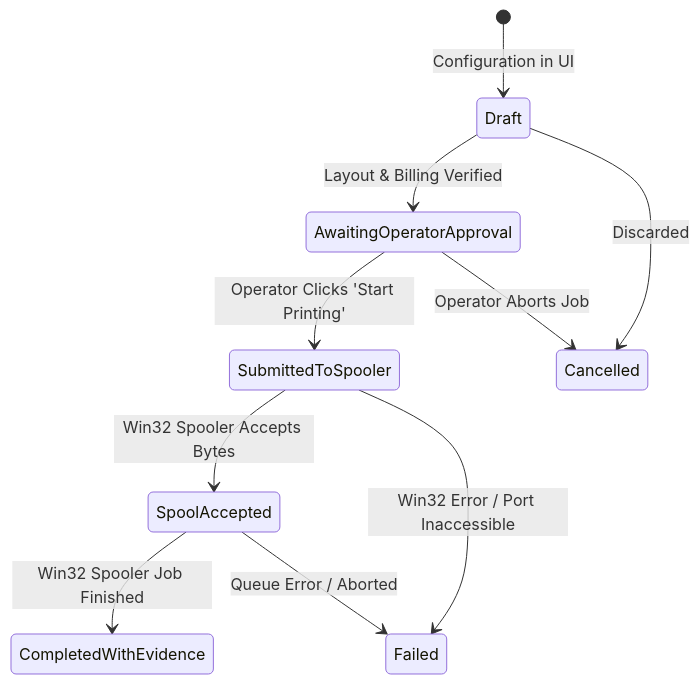
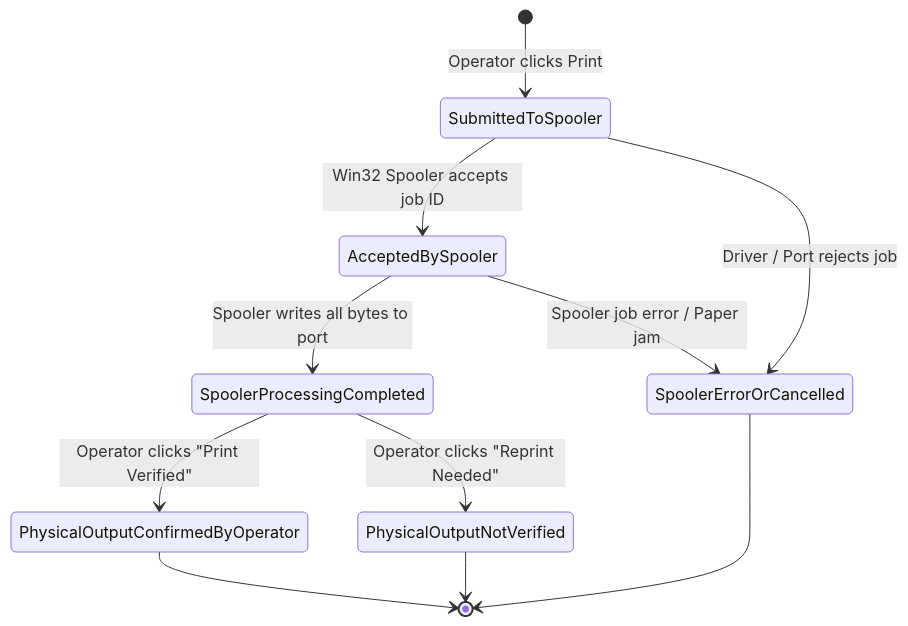
Before and after one commit to vicky105285-collab/pvc-studio-pro: the third of 4 diagrams in docs/UNIFIED_ARCHITECTURE_PROPOSAL.md, drawn with Mermaid. The commit also changed other lines of this file and 7 other files, not shown here.

Commit message:
docs(phase-0.2): final architecture validation, multi-doc session, asset lease contract and integer-paise ledger

````diff
--- a/docs/UNIFIED_ARCHITECTURE_PROPOSAL.md
+++ b/docs/UNIFIED_ARCHITECTURE_PROPOSAL.md
@@ -197,12 +309,13 @@
 ```mermaid
 stateDiagram-v2
-    [*] --> Draft: Configuration in UI
-    Draft --> AwaitingOperatorApproval: Layout & Billing Verified
-    AwaitingOperatorApproval --> SubmittedToSpooler: Operator Clicks 'Start Printing'
-    SubmittedToSpooler --> SpoolAccepted: Win32 Spooler Accepts Bytes
-    SubmittedToSpooler --> Failed: Win32 Error / Port Inaccessible
-    SpoolAccepted --> CompletedWithEvidence: Win32 Spooler Job Finished
-    SpoolAccepted --> Failed: Queue Error / Aborted
-    AwaitingOperatorApproval --> Cancelled: Operator Aborts Job
-    Draft --> Cancelled: Discarded
+    [*] --> SubmittedToSpooler: Operator clicks Print
+    SubmittedToSpooler --> AcceptedBySpooler: Win32 Spooler accepts job ID
+    SubmittedToSpooler --> SpoolerErrorOrCancelled: Driver / Port rejects job
+    AcceptedBySpooler --> SpoolerProcessingCompleted: Spooler writes all bytes to port
+    AcceptedBySpooler --> SpoolerErrorOrCancelled: Spooler job error / Paper jam
+    SpoolerProcessingCompleted --> PhysicalOutputConfirmedByOperator: Operator clicks "Print Verified"
+    SpoolerProcessingCompleted --> PhysicalOutputNotVerified: Operator clicks "Reprint Needed"
+    PhysicalOutputConfirmedByOperator --> [*]
+    PhysicalOutputNotVerified --> [*]
+    SpoolerErrorOrCancelled --> [*]
 ```
````
